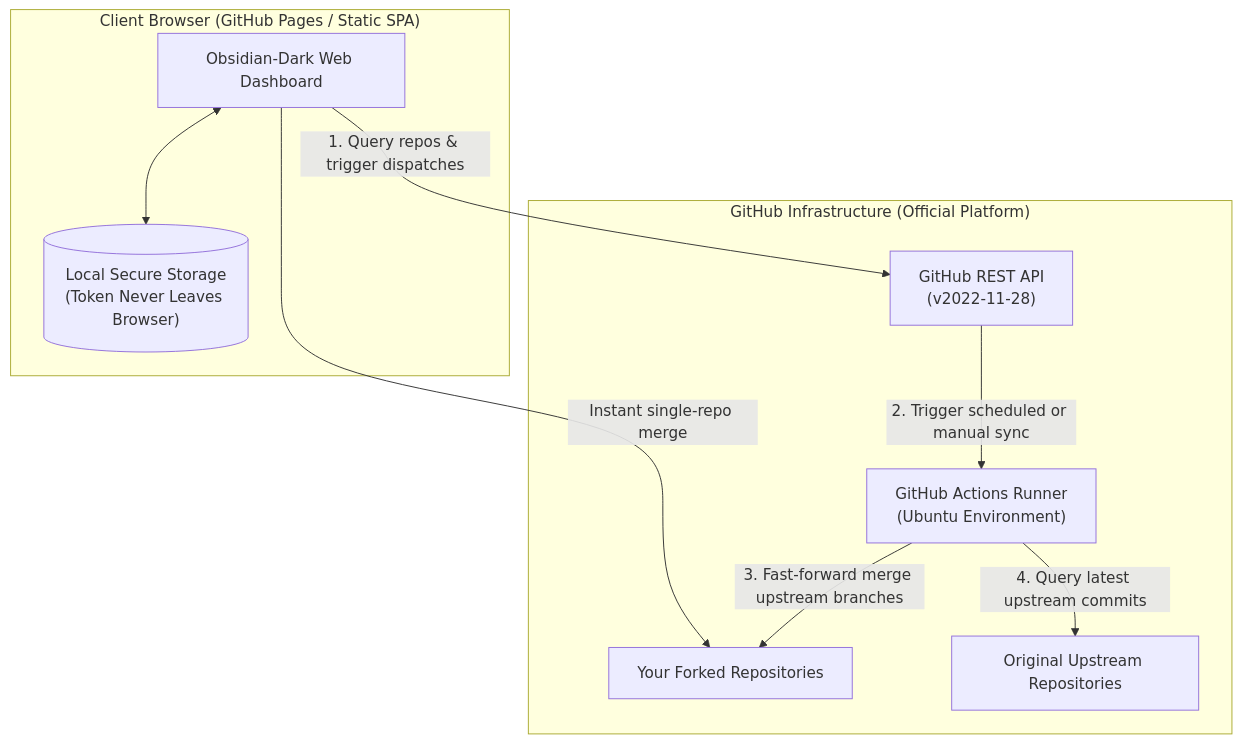
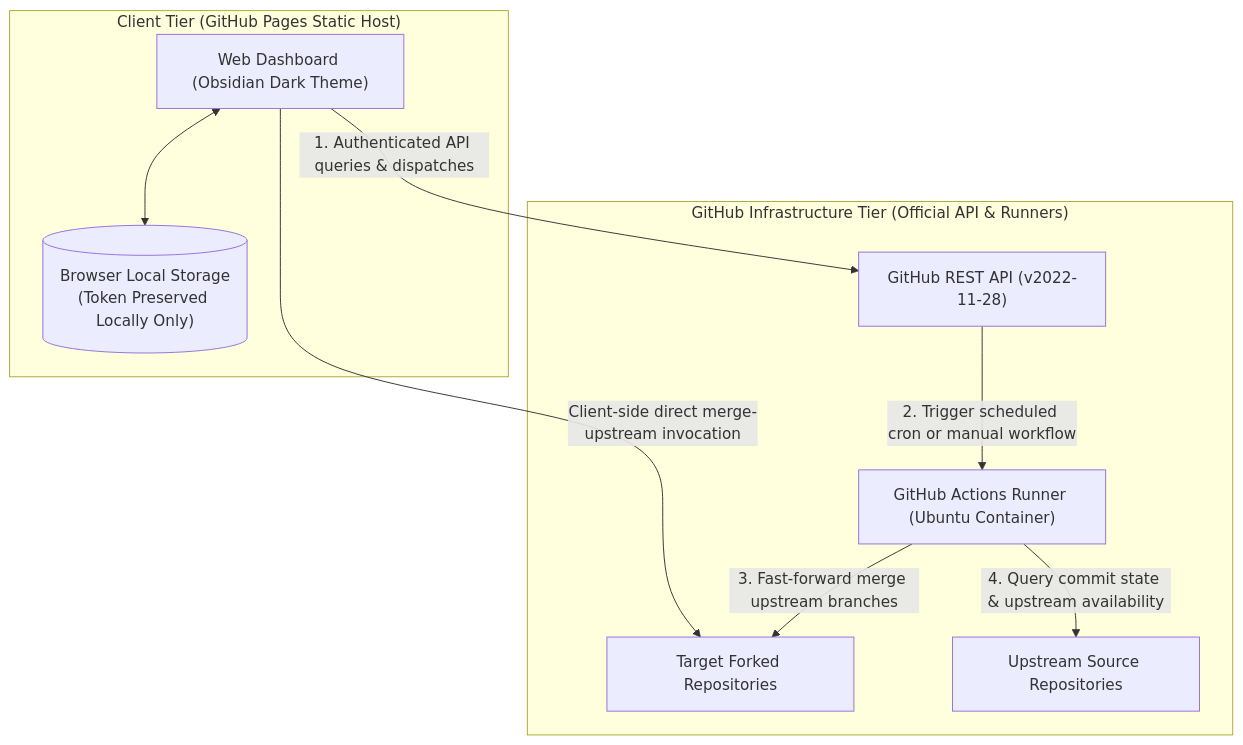
Before and after one commit to millerwilliam088/fork-auto-sync: the diagram in README.md, drawn with Mermaid. The commit also changed other lines of this file and 5 other files, not shown here.

Commit message:
docs: 规范化多语言文档语言风格、移除冗余表情并内嵌控制台与设置界面截图

````diff
--- a/README.md
+++ b/README.md
@@ -74,21 +84,21 @@
 ```mermaid
 flowchart TD
-    subgraph Client ["Client Browser (GitHub Pages / Static SPA)"]
-        UI["Obsidian-Dark Web Dashboard"]
-        Storage[("Local Secure Storage\n(Token Never Leaves Browser)")]
-        UI <--> Storage
+    subgraph Client ["Client Tier (GitHub Pages Static Host)"]
+        Dashboard["Web Dashboard (Obsidian Dark Theme)"]
+        LocalStorage[("Browser Local Storage\n(Token Preserved Locally Only)")]
+        Dashboard <--> LocalStorage
     end
 
-    subgraph GitHub ["GitHub Infrastructure (Official Platform)"]
-        API["GitHub REST API\n(v2022-11-28)"]
-        Actions["GitHub Actions Runner\n(Ubuntu Environment)"]
-        Forks["Your Forked Repositories"]
-        Upstream["Original Upstream Repositories"]
+    subgraph GitHub ["GitHub Infrastructure Tier (Official API & Runners)"]
+        RESTAPI["GitHub REST API (v2022-11-28)"]
+        WorkflowEngine["GitHub Actions Runner (Ubuntu Container)"]
+        ForkRepos["Target Forked Repositories"]
+        UpstreamRepos["Upstream Source Repositories"]
     end
 
-    UI -- "1. Query repos & trigger dispatches" --> API
-    API -- "2. Trigger scheduled or manual sync" --> Actions
-    Actions -- "3. Fast-forward merge upstream branches" --> Forks
-    Actions -- "4. Query latest upstream commits" --> Upstream
-    UI -- "Instant single-repo merge" --> Forks
+    Dashboard -- "1. Authenticated API queries & dispatches" --> RESTAPI
+    RESTAPI -- "2. Trigger scheduled cron or manual workflow" --> WorkflowEngine
+    WorkflowEngine -- "3. Fast-forward merge upstream branches" --> ForkRepos
+    WorkflowEngine -- "4. Query commit state & upstream availability" --> UpstreamRepos
+    Dashboard -- "Client-side direct merge-upstream invocation" --> ForkRepos
 ```
````
